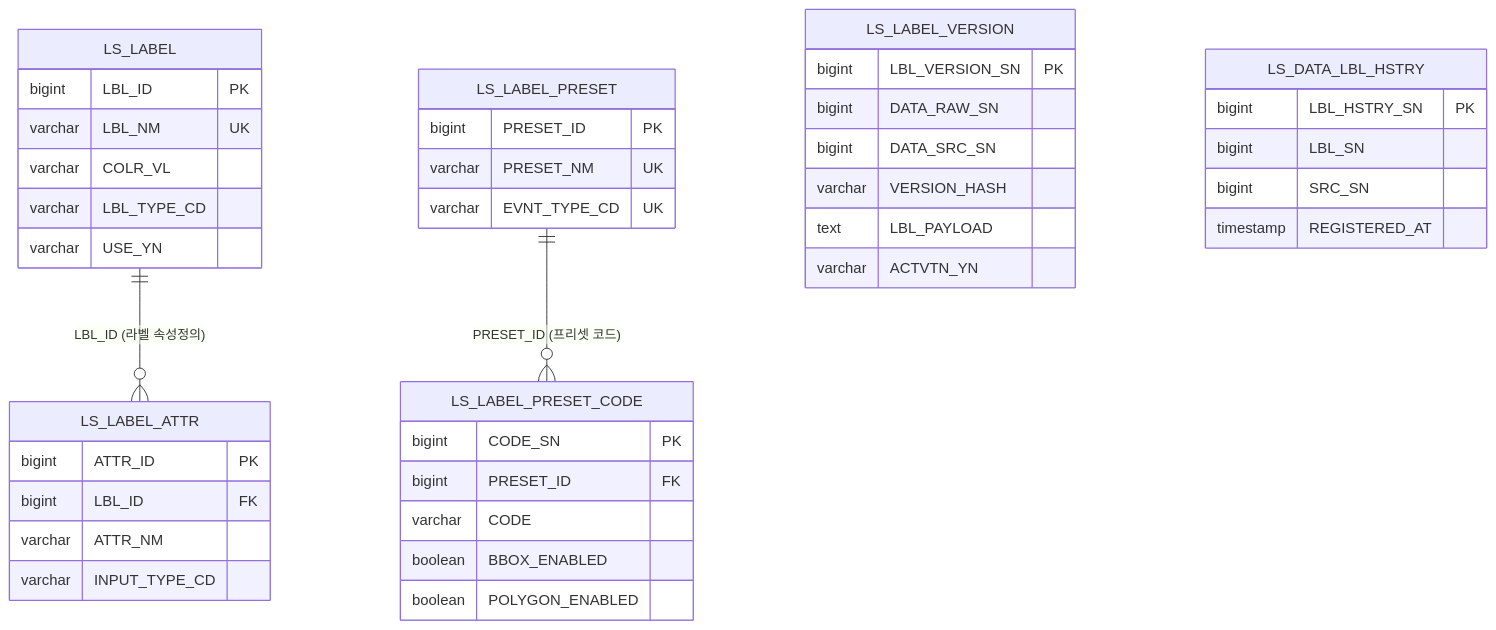
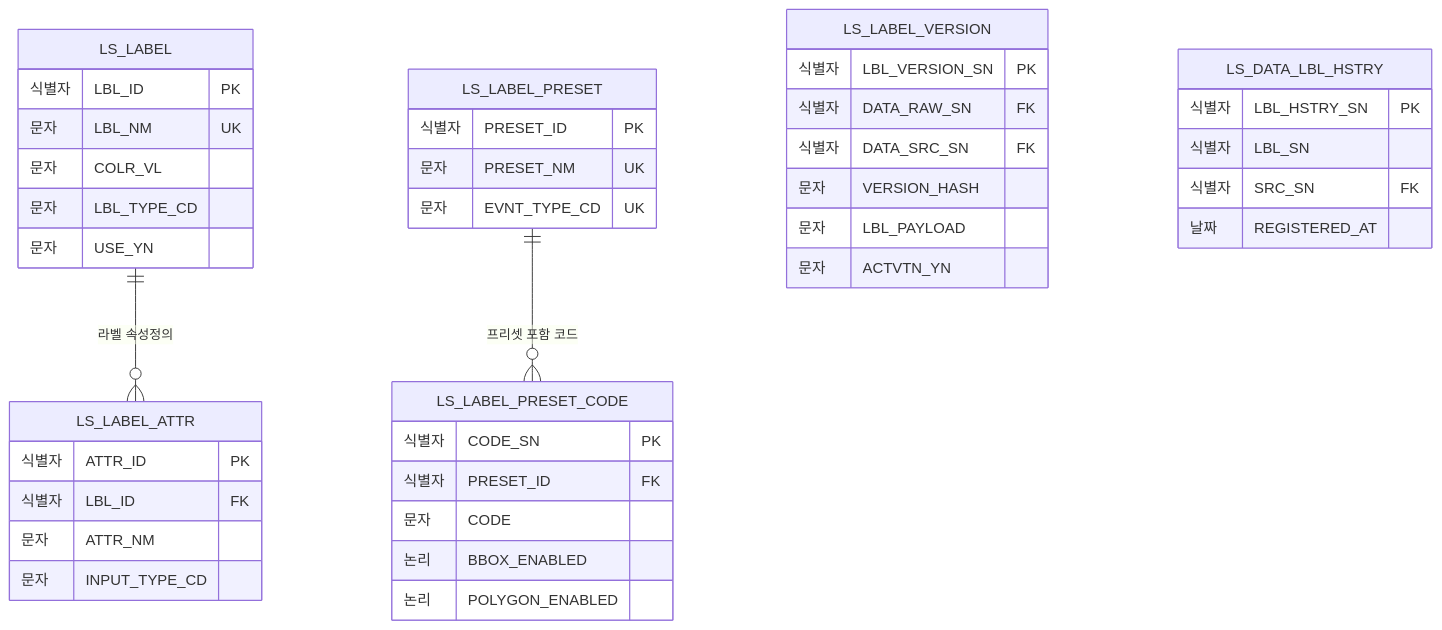
One commit to New-stella/klid-label changed the sixth of 13 diagrams in docs/design/D8-엔티티관계모형설계서.md. Above: the diagram before and after it, drawn with Mermaid. The commit also changed other lines of this file and 32 other files, not shown here.

````diff
--- a/docs/design/D8-엔티티관계모형설계서.md
+++ b/docs/design/D8-엔티티관계모형설계서.md
@@ -220,44 +230,44 @@
 ```mermaid
 erDiagram
-    LS_LABEL ||--o{ LS_LABEL_ATTR : "LBL_ID (라벨 속성정의)"
-    LS_LABEL_PRESET ||--o{ LS_LABEL_PRESET_CODE : "PRESET_ID (프리셋 코드)"
+    LS_LABEL ||--o{ LS_LABEL_ATTR : "라벨 속성정의"
+    LS_LABEL_PRESET ||--o{ LS_LABEL_PRESET_CODE : "프리셋 포함 코드"
     LS_LABEL {
-        bigint LBL_ID PK
-        varchar LBL_NM UK
-        varchar COLR_VL
-        varchar LBL_TYPE_CD
-        varchar USE_YN
+        식별자 LBL_ID PK
+        문자 LBL_NM UK
+        문자 COLR_VL
+        문자 LBL_TYPE_CD
+        문자 USE_YN
     }
     LS_LABEL_ATTR {
-        bigint ATTR_ID PK
-        bigint LBL_ID FK
-        varchar ATTR_NM
-        varchar INPUT_TYPE_CD
+        식별자 ATTR_ID PK
+        식별자 LBL_ID FK
+        문자 ATTR_NM
+        문자 INPUT_TYPE_CD
     }
     LS_LABEL_PRESET {
-        bigint PRESET_ID PK
-        varchar PRESET_NM UK
-        varchar EVNT_TYPE_CD UK
+        식별자 PRESET_ID PK
+        문자 PRESET_NM UK
+        문자 EVNT_TYPE_CD UK
     }
     LS_LABEL_PRESET_CODE {
-        bigint CODE_SN PK
-        bigint PRESET_ID FK
-        varchar CODE
-        boolean BBOX_ENABLED
-        boolean POLYGON_ENABLED
+        식별자 CODE_SN PK
+        식별자 PRESET_ID FK
+        문자 CODE
+        논리 BBOX_ENABLED
+        논리 POLYGON_ENABLED
     }
     LS_LABEL_VERSION {
-        bigint LBL_VERSION_SN PK
-        bigint DATA_RAW_SN
-        bigint DATA_SRC_SN
-        varchar VERSION_HASH
-        text LBL_PAYLOAD
-        varchar ACTVTN_YN
+        식별자 LBL_VERSION_SN PK
+        식별자 DATA_RAW_SN FK
+        식별자 DATA_SRC_SN FK
+        문자 VERSION_HASH
+        문자 LBL_PAYLOAD
+        문자 ACTVTN_YN
     }
     LS_DATA_LBL_HSTRY {
-        bigint LBL_HSTRY_SN PK
-        bigint LBL_SN
-        bigint SRC_SN
-        timestamp REGISTERED_AT
+        식별자 LBL_HSTRY_SN PK
+        식별자 LBL_SN
+        식별자 SRC_SN FK
+        날짜 REGISTERED_AT
     }
 ```
````
